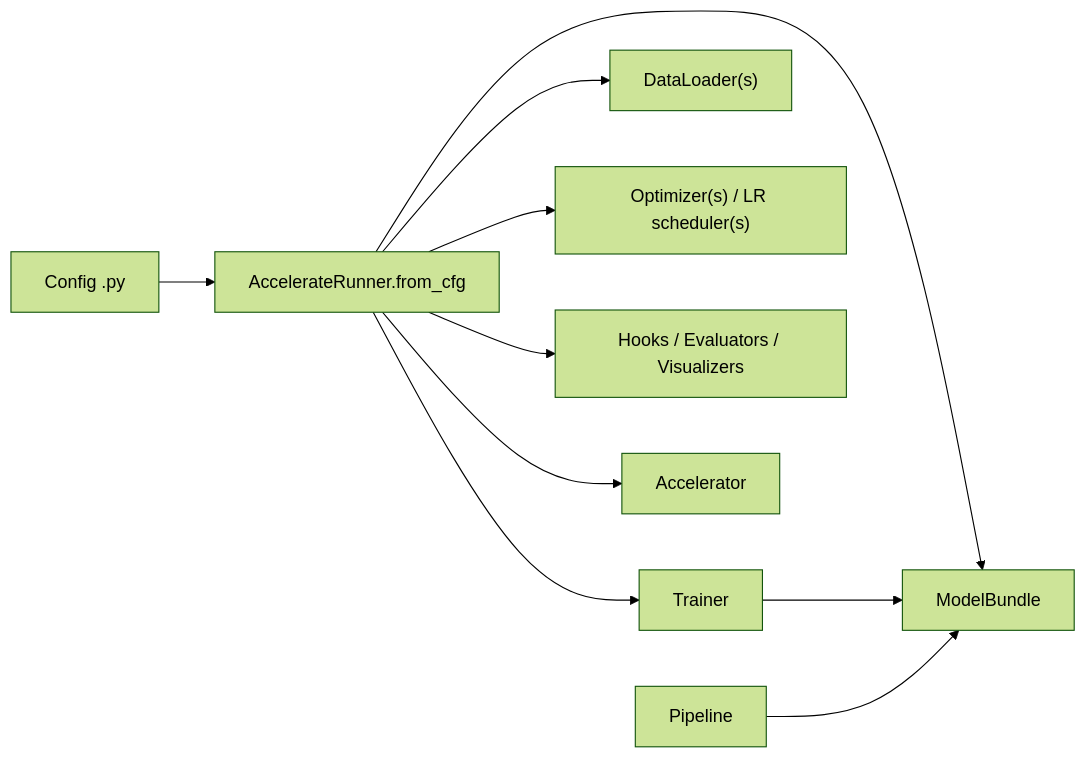
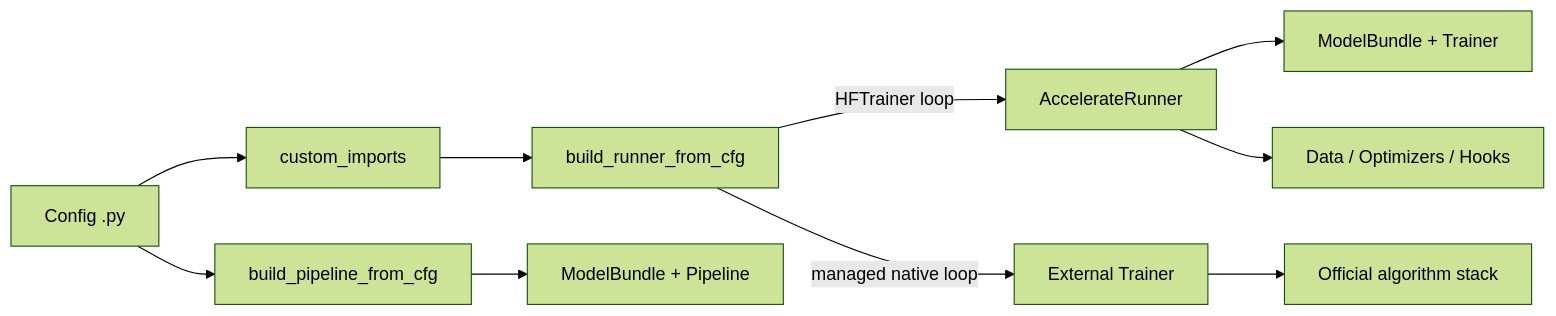
Before and after one commit to ZeyuLing/HFTrainer: the first of 2 diagrams in docs/en/architecture.md, drawn with Mermaid (forest theme). The commit also changed other lines of this file and 52 other files, not shown here.

````diff
--- a/docs/en/architecture.md
+++ b/docs/en/architecture.md
@@ -5,12 +5,12 @@
 ```mermaid
 flowchart LR
-    A["Config .py"] --> B["AccelerateRunner.from_cfg"]
-    B --> C["ModelBundle"]
-    B --> D["Trainer"]
-    B --> E["DataLoader(s)"]
-    B --> F["Optimizer(s) / LR scheduler(s)"]
-    B --> G["Hooks / Evaluators / Visualizers"]
-    B --> H["Accelerator"]
-    D --> C
-    I["Pipeline"] --> C
+    A["Config .py"] --> B["custom_imports"]
+    B --> C["build_runner_from_cfg"]
+    C -->|HFTrainer loop| D["AccelerateRunner"]
+    C -->|managed native loop| E["External Trainer"]
+    D --> F["ModelBundle + Trainer"]
+    D --> G["Data / Optimizers / Hooks"]
+    E --> H["Official algorithm stack"]
+    A --> I["build_pipeline_from_cfg"]
+    I --> J["ModelBundle + Pipeline"]
 ```
````
